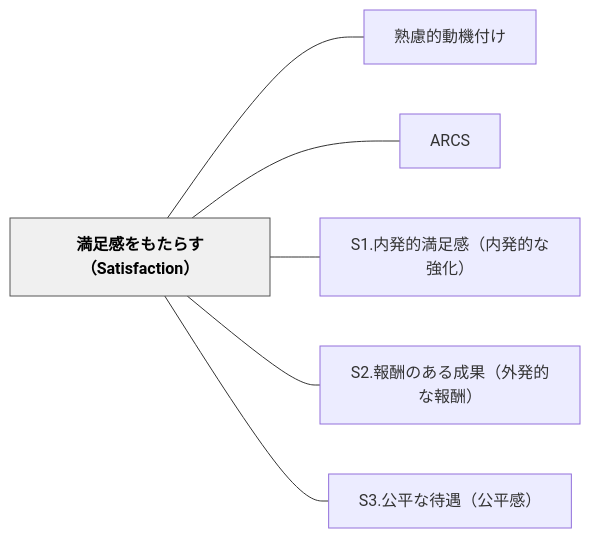
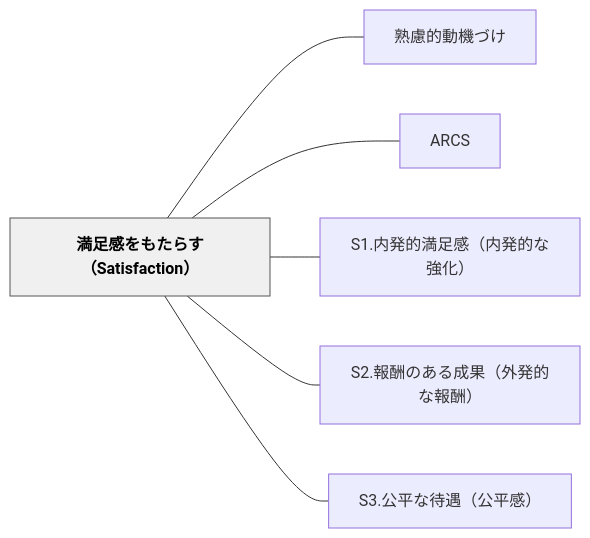
Before and after one commit to unknownthings-ed-patterns/unknownthings-ed-patterns: the diagram in content/パタン/満足感をもたらす（Satisfaction）.md, drawn with Mermaid. The commit also changed other lines of this file and 234 other files, not shown here.

````diff
--- a/content/パタン/満足感をもたらす（Satisfaction）.md
+++ b/content/パタン/満足感をもたらす（Satisfaction）.md
@@ -37,18 +37,18 @@
 ```mermaid
 flowchart LR
     ne6ba80e8b6b3e6849fe38292e38282e3819fe38289e38199efbc88536174697366616374696f6eefbc89["満足感をもたらす（Satisfaction）"]
-    ne7869fe685aee79a84e58b95e6a99fe4bb98e38191["熟慮的動機付け"]
+    ne7869fe685aee79a84e58b95e6a99fe381a5e38191["熟慮的動機づけ"]
     n41524353["ARCS"]
     n53312ee58685e799bae79a84e6ba80e8b6b3e6849fefbc88e58685e799bae79a84e381aae5bcb7e58c96efbc89["S1.内発的満足感（内発的な強化）"]
     n53322ee5a0b1e985ace381aee38182e3828be68890e69e9cefbc88e5a496e799bae79a84e381aae5a0b1e985acefbc89["S2.報酬のある成果（外発的な報酬）"]
     n53332ee585ace5b9b3e381aae5be85e98187efbc88e585ace5b9b3e6849fefbc89["S3.公平な待遇（公平感）"]
 
-    ne6ba80e8b6b3e6849fe38292e38282e3819fe38289e38199efbc88536174697366616374696f6eefbc89 --- ne7869fe685aee79a84e58b95e6a99fe4bb98e38191
+    ne6ba80e8b6b3e6849fe38292e38282e3819fe38289e38199efbc88536174697366616374696f6eefbc89 --- ne7869fe685aee79a84e58b95e6a99fe381a5e38191
     ne6ba80e8b6b3e6849fe38292e38282e3819fe38289e38199efbc88536174697366616374696f6eefbc89 --- n41524353
     ne6ba80e8b6b3e6849fe38292e38282e3819fe38289e38199efbc88536174697366616374696f6eefbc89 --- n53312ee58685e799bae79a84e6ba80e8b6b3e6849fefbc88e58685e799bae79a84e381aae5bcb7e58c96efbc89
     ne6ba80e8b6b3e6849fe38292e38282e3819fe38289e38199efbc88536174697366616374696f6eefbc89 --- n53322ee5a0b1e985ace381aee38182e3828be68890e69e9cefbc88e5a496e799bae79a84e381aae5a0b1e985acefbc89
     ne6ba80e8b6b3e6849fe38292e38282e3819fe38289e38199efbc88536174697366616374696f6eefbc89 --- n53332ee585ace5b9b3e381aae5be85e98187efbc88e585ace5b9b3e6849fefbc89
 
     classDef hub fill:#f0f0f0,stroke:#555,color:#000,font-weight:bold
     class ne6ba80e8b6b3e6849fe38292e38282e3819fe38289e38199efbc88536174697366616374696f6eefbc89 hub
 ```
````
